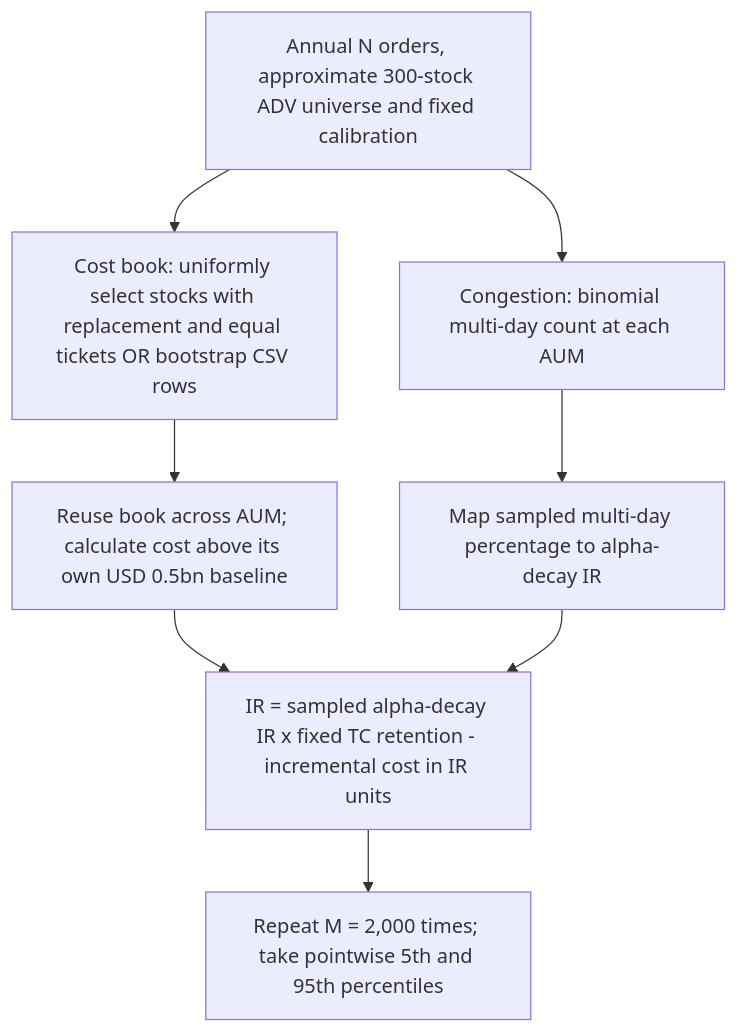
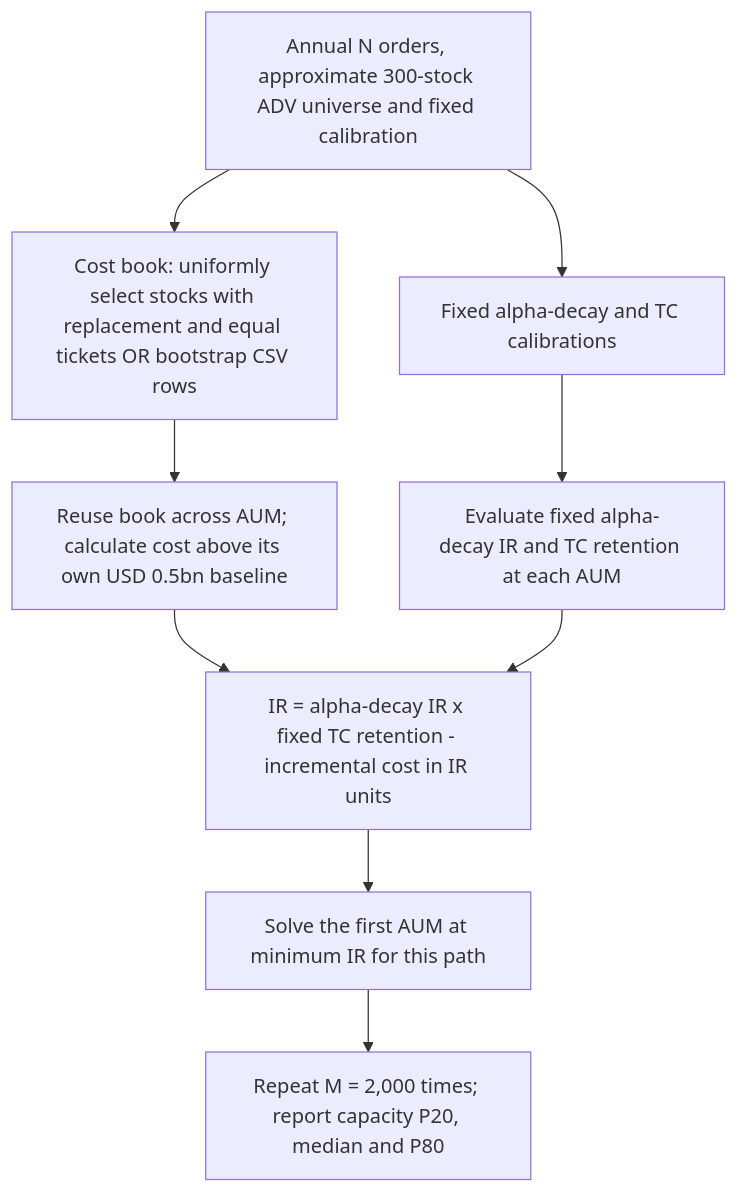
One commit to roddup75/venera changed the diagram in capacity/streamlit/METHODOLOGY.md. Above: the diagram before and after it, drawn with Mermaid. The commit also changed other lines of this file and 13 other files, not shown here.

Commit message:
Estimate capacity P20-P80 from complete stock-sampled IR curves

````diff
--- a/capacity/streamlit/METHODOLOGY.md
+++ b/capacity/streamlit/METHODOLOGY.md
@@ -120,10 +126,11 @@
 ```mermaid
 flowchart TD
     S["Annual N orders, approximate 300-stock ADV universe and fixed calibration"] --> B["Cost book: uniformly select stocks with replacement and equal tickets OR bootstrap CSV rows"]
-    S --> K["Congestion: binomial multi-day count at each AUM"]
+    S --> K["Fixed alpha-decay and TC calibrations"]
     B --> C["Reuse book across AUM; calculate cost above its own USD 0.5bn baseline"]
-    K --> I["Map sampled multi-day percentage to alpha-decay IR"]
-    C --> R["IR = sampled alpha-decay IR x fixed TC retention - incremental cost in IR units"]
+    K --> I["Evaluate fixed alpha-decay IR and TC retention at each AUM"]
+    C --> R["IR = alpha-decay IR x fixed TC retention - incremental cost in IR units"]
     I --> R
-    R --> M["Repeat M = 2,000 times; take pointwise 5th and 95th percentiles"]
+    R --> C1["Solve the first AUM at minimum IR for this path"]
+    C1 --> M["Repeat M = 2,000 times; report capacity P20, median and P80"]
 ```
````
